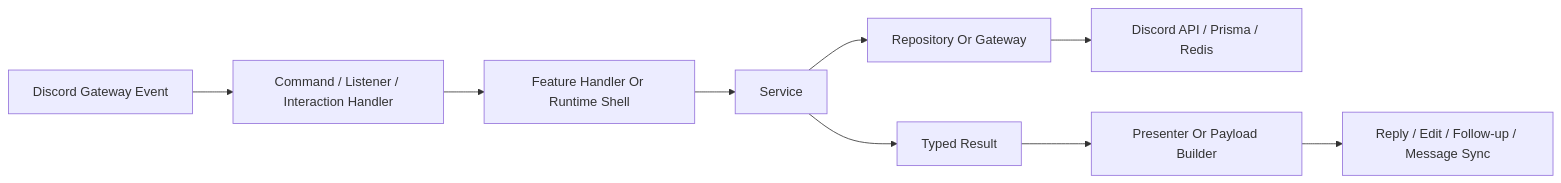
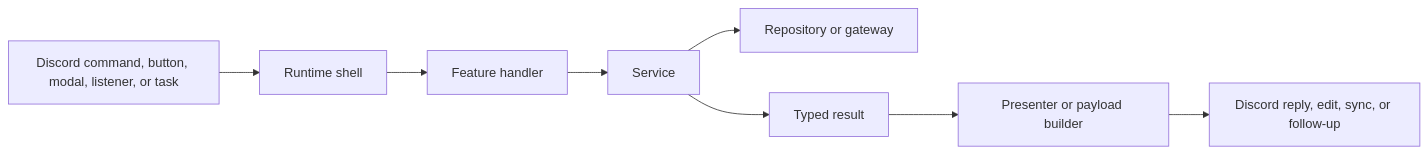
One commit to EvenLegion/Arbiter changed the diagram in website/docs/architecture/runtime-overview.md. Above: the diagram before and after it, drawn with Mermaid. The commit also changed other lines of this file and 291 other files, not shown here.

````diff
--- a/website/docs/architecture/runtime-overview.md
+++ b/website/docs/architecture/runtime-overview.md
@@ -24,11 +12,10 @@
 ```mermaid
 flowchart LR
-    A["Discord Gateway Event"] --> B["Command / Listener / Interaction Handler"]
-    B --> C["Feature Handler Or Runtime Shell"]
+    A["Discord command, button, modal, listener, or task"] --> B["Runtime shell"]
+    B --> C["Feature handler"]
     C --> D["Service"]
-    D --> E["Repository Or Gateway"]
-    E --> F["Discord API / Prisma / Redis"]
-    D --> G["Typed Result"]
-    G --> H["Presenter Or Payload Builder"]
-    H --> I["Reply / Edit / Follow-up / Message Sync"]
+    D --> E["Repository or gateway"]
+    D --> F["Typed result"]
+    F --> G["Presenter or payload builder"]
+    G --> H["Discord reply, edit, sync, or follow-up"]
 ```
````
